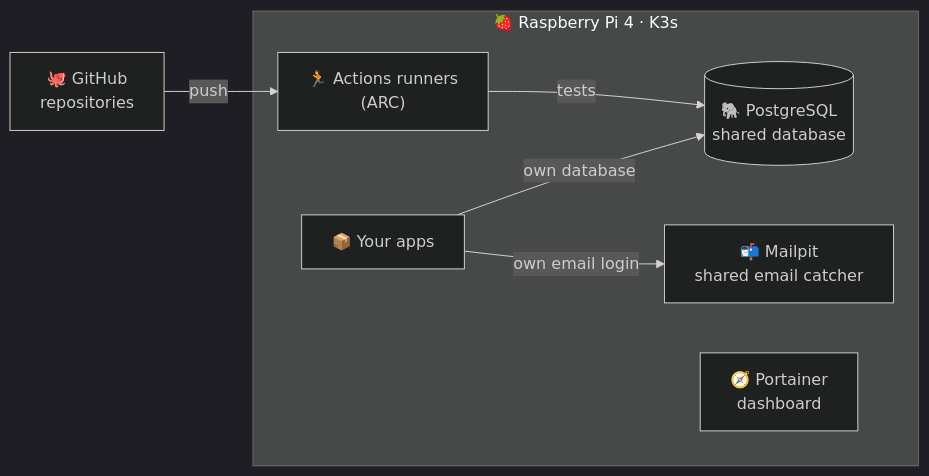
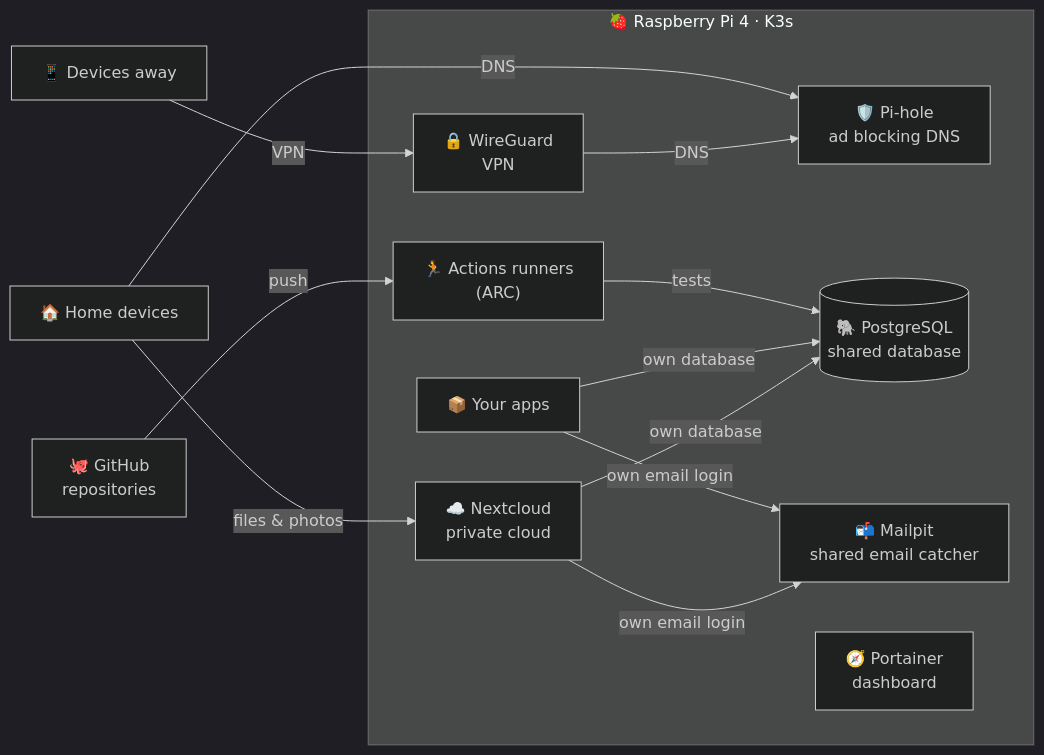
One commit to NekkoRaspberry/.github changed the diagram in profile/README.md. Above: the diagram before and after it, drawn with Mermaid (dark theme). The commit also changed other lines of this file, not shown here.

Commit message:
3 new apps, pi-hole, wireGiard, NextCloud

````diff
--- a/profile/README.md
+++ b/profile/README.md
@@ -35,15 +38,24 @@
 ```mermaid
 flowchart LR
     GH["🐙 GitHub<br/>repositories"] -- "push" --> ARC
+    HOME["🏠 Home devices"] -- "DNS" --> PH
+    HOME -- "files & photos" --> NC
+    AWAY["📱 Devices away"] -- "VPN" --> WG
 
     subgraph PI["🍓 Raspberry Pi 4 · K3s"]
         ARC["🏃 Actions runners<br/>(ARC)"]
         PG[("🐘 PostgreSQL<br/>shared database")]
         MP["📬 Mailpit<br/>shared email catcher"]
         PT["🧭 Portainer<br/>dashboard"]
         APPS["📦 Your apps"]
+        PH["🛡️ Pi-hole<br/>ad blocking DNS"]
+        NC["☁️ Nextcloud<br/>private cloud"]
+        WG["🔒 WireGuard<br/>VPN"]
         ARC -- "tests" --> PG
         APPS -- "own database" --> PG
         APPS -- "own email login" --> MP
+        NC -- "own database" --> PG
+        NC -- "own email login" --> MP
+        WG -- "DNS" --> PH
     end
 ```
````
